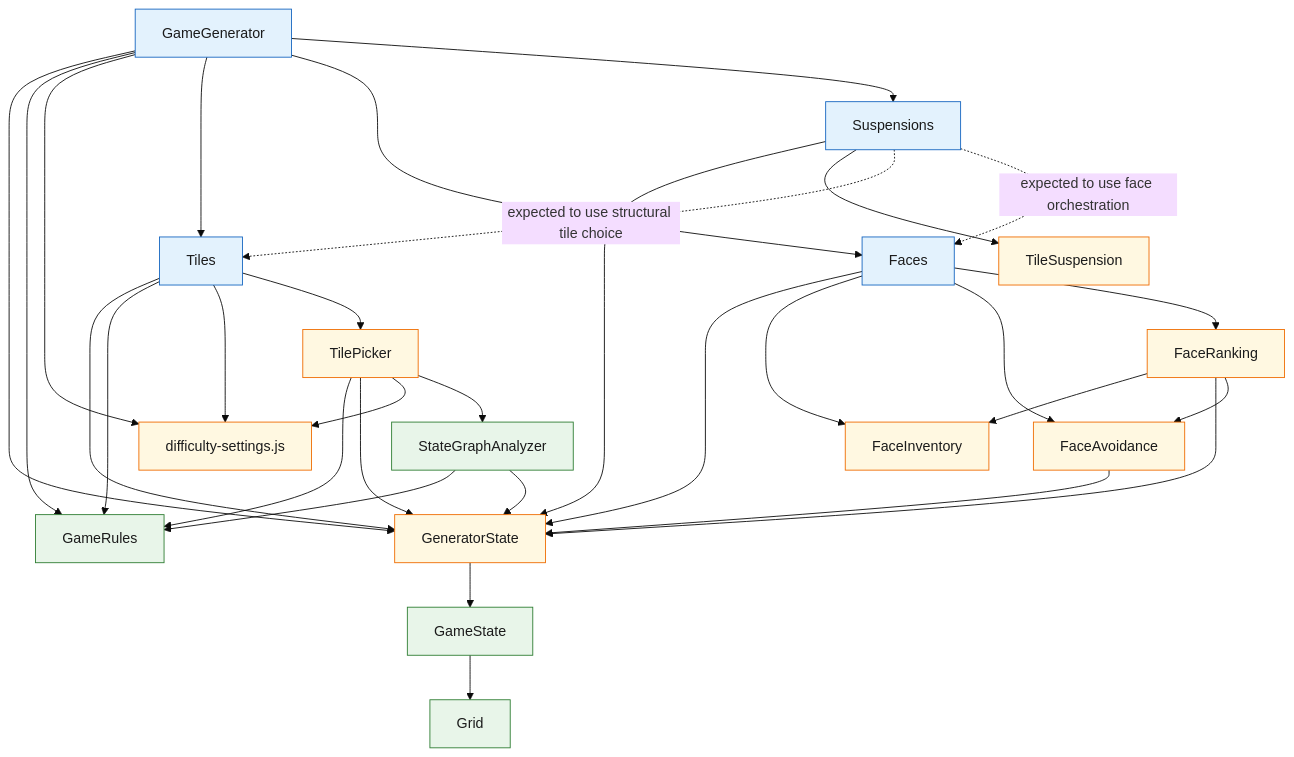
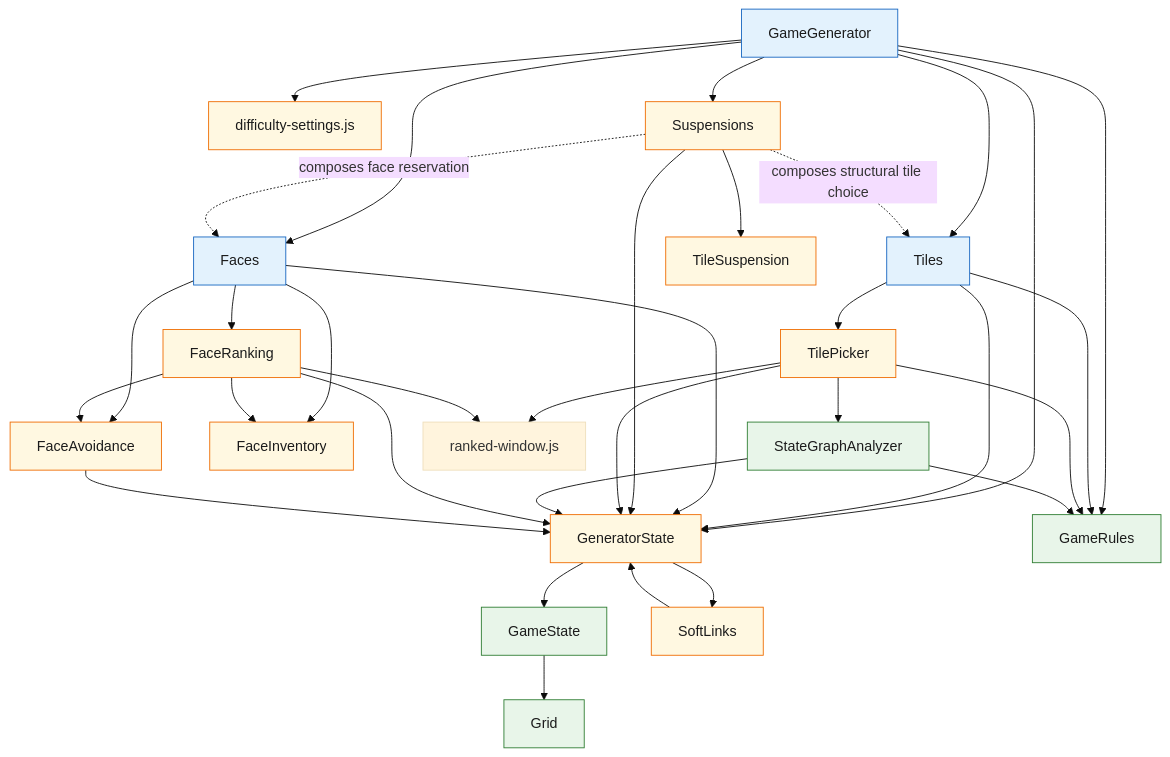
One commit to Ondoher/poly-gc-react changed the diagram in agents/topics/engine-refactor/experimental-engine/README.md. Above: the diagram before and after it, drawn with Mermaid (base theme). The commit also changed other lines of this file and 52 other files, not shown here.

````diff
--- a/agents/topics/engine-refactor/experimental-engine/README.md
+++ b/agents/topics/engine-refactor/experimental-engine/README.md
@@ -97,65 +201,69 @@
 ```mermaid
 flowchart TD
     DS[difficulty-settings.js]
     G[Grid]
     GS[GameState]
     GENS[GeneratorState]
     GR[GameRules]
     GG[GameGenerator]
     TILES[Tiles]
     FACES[Faces]
     SUSP[Suspensions]
     TP[TilePicker]
     SGA[StateGraphAnalyzer]
     FI[FaceInventory]
     FR[FaceRanking]
     FA[FaceAvoidance]
+    SL[SoftLinks]
+    RW[ranked-window.js]
     TS[TileSuspension]
 
     GS --> G
     GENS --> GS
+    GENS --> SL
 
     GG --> GENS
     GG --> GR
     GG --> DS
     GG --> TILES
     GG --> FACES
     GG --> SUSP
 
     TILES --> GENS
     TILES --> GR
-    TILES --> DS
     TILES --> TP
 
     FACES --> GENS
     FACES --> FI
     FACES --> FA
     FACES --> FR
 
     SUSP --> GENS
     SUSP --> TS
-    SUSP -. expected to use structural tile choice .-> TILES
-    SUSP -. expected to use face orchestration .-> FACES
+    SUSP -. composes structural tile choice .-> TILES
+    SUSP -. composes face reservation .-> FACES
 
     TP --> GR
     TP --> GENS
-    TP --> DS
     TP --> SGA
+    TP --> RW
 
     SGA --> GR
     SGA --> GENS
 
     FR --> FI
     FR --> GENS
     FR --> FA
+    FR --> RW
 
     FA --> GENS
+    SL --> GENS
 
     classDef stable fill:#e8f5e9,stroke:#2e7d32,color:#1b1b1b;
     classDef active fill:#e3f2fd,stroke:#1565c0,color:#1b1b1b;
     classDef transitional fill:#fff8e1,stroke:#ef6c00,color:#1b1b1b;
 
     class G,GS,GR,SGA stable;
-    class GG,TILES,FACES,SUSP active;
-    class GENS,TP,FI,FR,FA,TS,DS transitional;
+    class GG,TILES,FACES active;
+    class GENS,TP,FI,FR,FA,SL,TS,DS,SUSP transitional;
 ```
````
